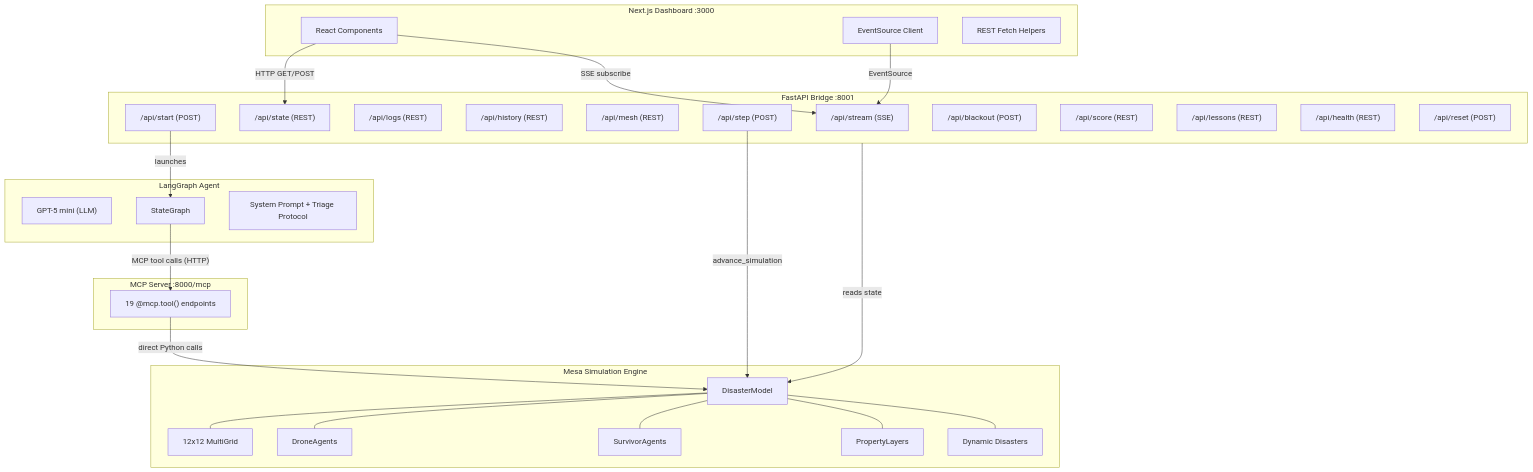
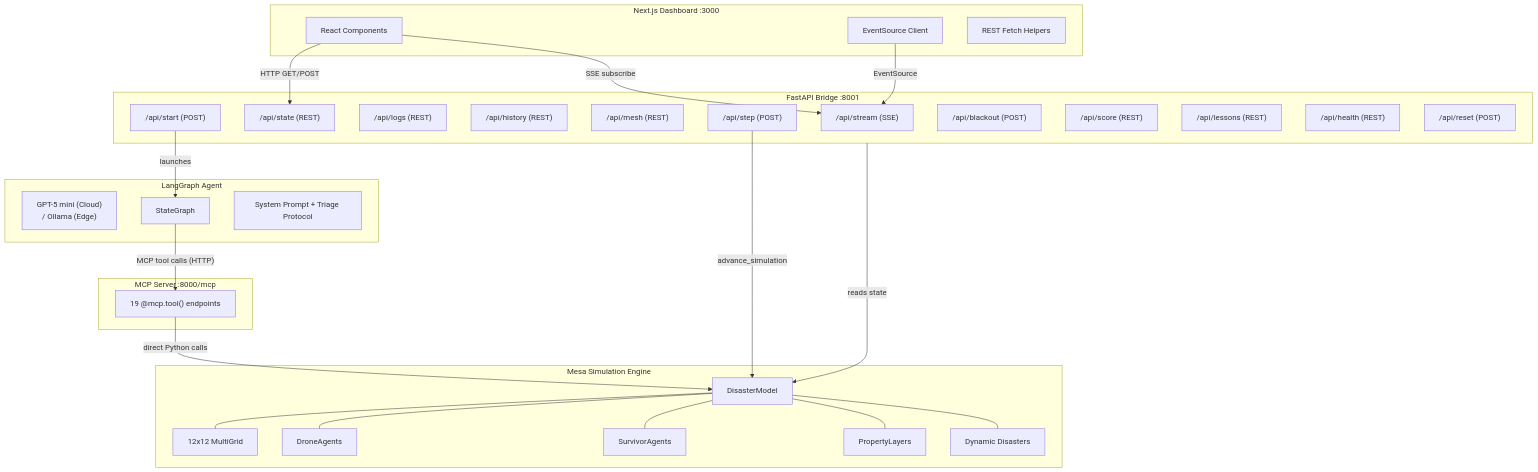
Before and after one commit to Andersonnn7788/drone-agents: the first of 8 diagrams in README.md, drawn with Mermaid. The commit also changed other lines of this file, not shown here.

````diff
--- a/README.md
+++ b/README.md
@@ -38,60 +76,60 @@
 ```mermaid
 flowchart TB
     subgraph Frontend["Next.js Dashboard :3000"]
         RC[React Components]
         ES[EventSource Client]
         REST_C[REST Fetch Helpers]
     end
 
     subgraph API["FastAPI Bridge :8001"]
         SSE["/api/stream (SSE)"]
         STATE["/api/state (REST)"]
         LOGS["/api/logs (REST)"]
         HIST["/api/history (REST)"]
         MESH_EP["/api/mesh (REST)"]
         START["/api/start (POST)"]
         STEP["/api/step (POST)"]
         BLACKOUT_EP["/api/blackout (POST)"]
         SCORE["/api/score (REST)"]
         LESSONS["/api/lessons (REST)"]
         HEALTH["/api/health (REST)"]
         RESET["/api/reset (POST)"]
     end
 
     subgraph Agent["LangGraph Agent"]
-        LLM["GPT-5 mini (LLM)"]
+        LLM["GPT-5 mini (Cloud)<br>/ Ollama (Edge)"]
         SG[StateGraph]
         SP[System Prompt + Triage Protocol]
     end
 
     subgraph MCP["MCP Server :8000/mcp"]
         TOOLS["19 @mcp.tool() endpoints"]
     end
 
     subgraph Sim["Mesa Simulation Engine"]
         MODEL[DisasterModel]
         GRID["12x12 MultiGrid"]
         DRONES[DroneAgents]
         SURVIVORS[SurvivorAgents]
         PL[PropertyLayers]
         DYN[Dynamic Disasters]
     end
 
     RC -->|"SSE subscribe"| SSE
     RC -->|"HTTP GET/POST"| STATE
     ES -->|"EventSource"| SSE
 
     API -->|"reads state"| MODEL
 
     SG -->|"MCP tool calls (HTTP)"| TOOLS
     TOOLS -->|"direct Python calls"| MODEL
 
     START -->|"launches"| SG
     STEP -->|"advance_simulation"| MODEL
 
     MODEL --- GRID
     MODEL --- DRONES
     MODEL --- SURVIVORS
     MODEL --- PL
     MODEL --- DYN
 ```
````
